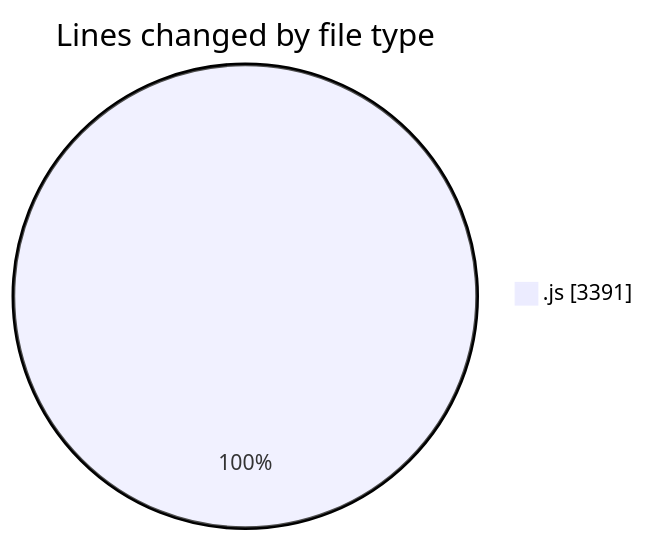
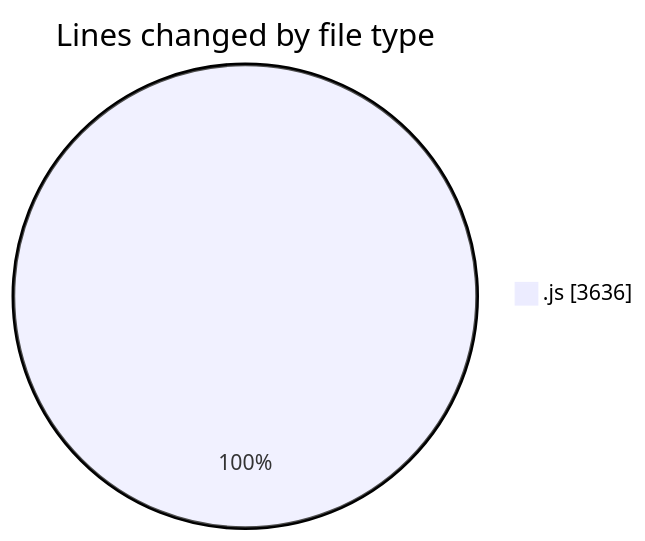
Before and after one commit to Ritupan-Deka/code-tracking: the first of 2 diagrams in 2025-07-29/javascript/README.md, drawn with Mermaid. The commit also changed other lines of this file and 1 other file, not shown here.

````diff
--- a/2025-07-29/javascript/README.md
+++ b/2025-07-29/javascript/README.md
@@ -21,5 +21,5 @@
 ```mermaid
 pie showData
 title Lines changed by file type
-".js" : 3391
+".js" : 3636
 ```
````
